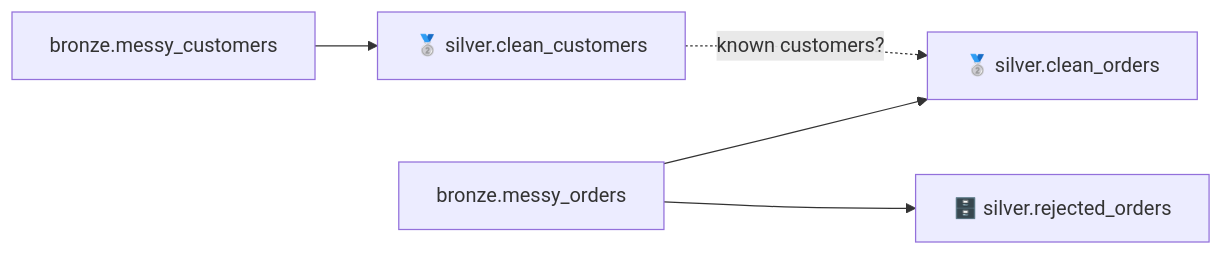
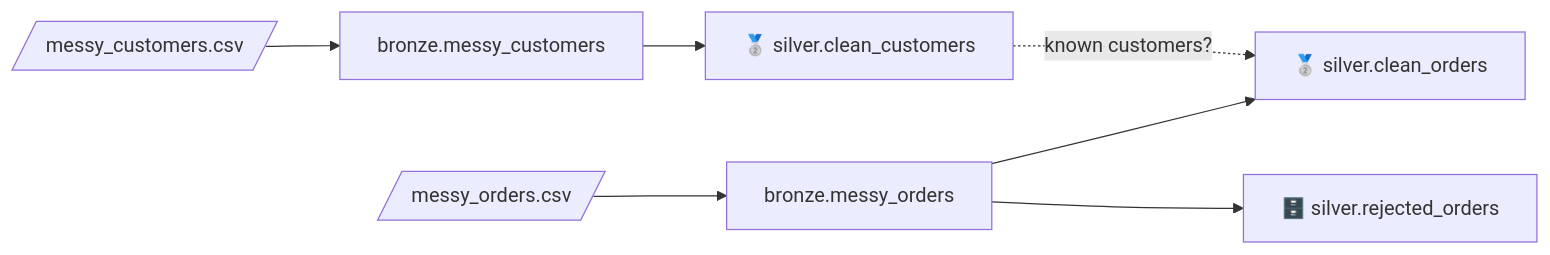
One commit to maarthala/databrick-local-simulator changed the diagram in training/docs/unit3/data-cleaning.md. Above: the diagram before and after it, drawn with Mermaid. The commit also changed other lines of this file and 2 other files, not shown here.

Commit message:
Course 3.9.1: members download messy_customers.csv / messy_orders.csv from the portal, upload via My files, load Bronze with SQL (CSV view + CTAS), then clean

````diff
--- a/training/docs/unit3/data-cleaning.md
+++ b/training/docs/unit3/data-cleaning.md
@@ -25,7 +25,9 @@
 ```mermaid
 flowchart LR
-  MC[bronze.messy_customers] --> CC["🥈 silver.clean_customers"]
-  MO[bronze.messy_orders] --> CO["🥈 silver.clean_orders"]
+  F1[/messy_customers.csv/] --> MC[bronze.messy_customers]
+  F2[/messy_orders.csv/] --> MO[bronze.messy_orders]
+  MC --> CC["🥈 silver.clean_customers"]
+  MO --> CO["🥈 silver.clean_orders"]
   CC -. "known customers?" .-> CO
   MO --> RO["🗄️ silver.rejected_orders"]
 ```
````
